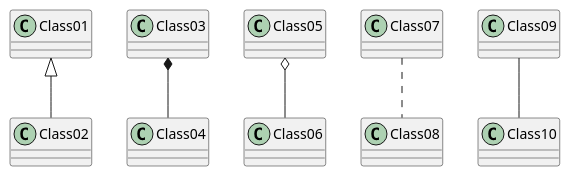
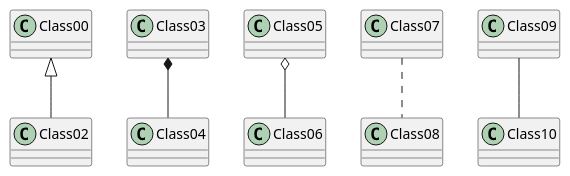
One commit to ghoti143/plant-uml-test changed the diagram in sample-class.pu. Above: the diagram before and after it, drawn with PlantUML.

```diff
--- a/sample-class.pu
+++ b/sample-class.pu
@@ -1,7 +1,7 @@
 @startuml
-Class01 <|-- Class02
+Class00 <|-- Class02
 Class03 *-- Class04
 Class05 o-- Class06
 Class07 .. Class08
 Class09 -- Class10
 @enduml
```
